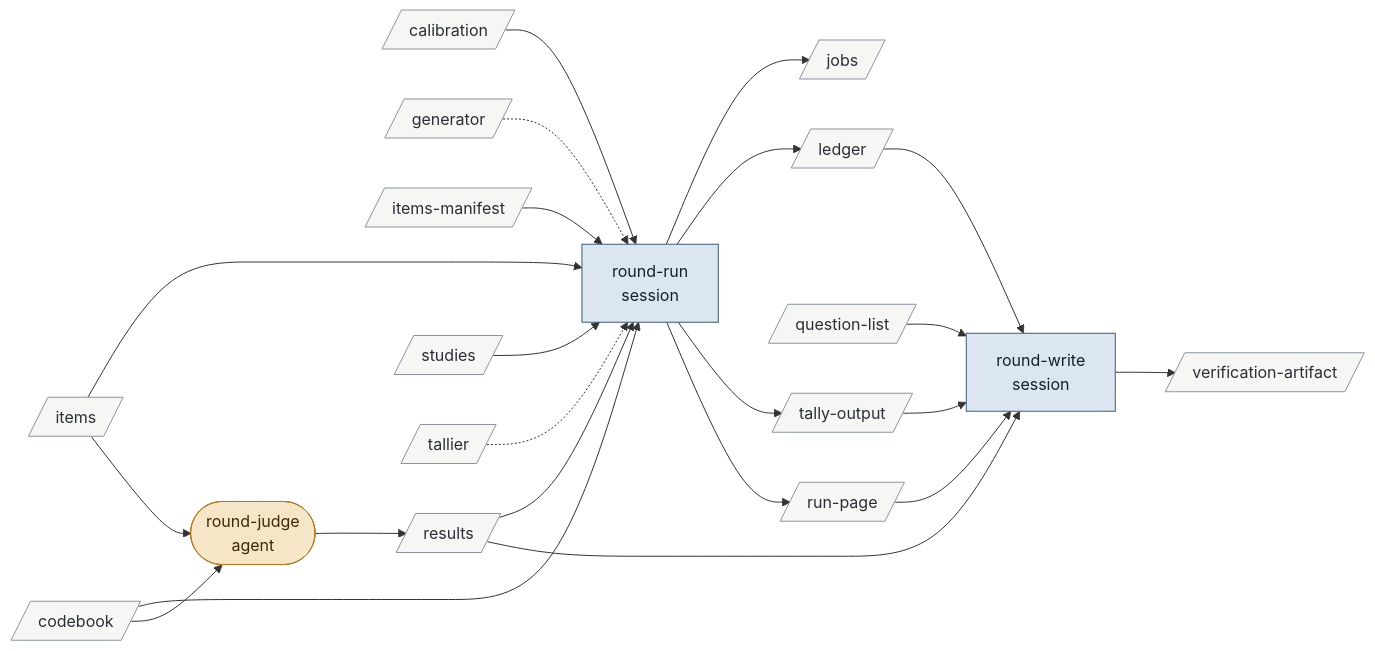
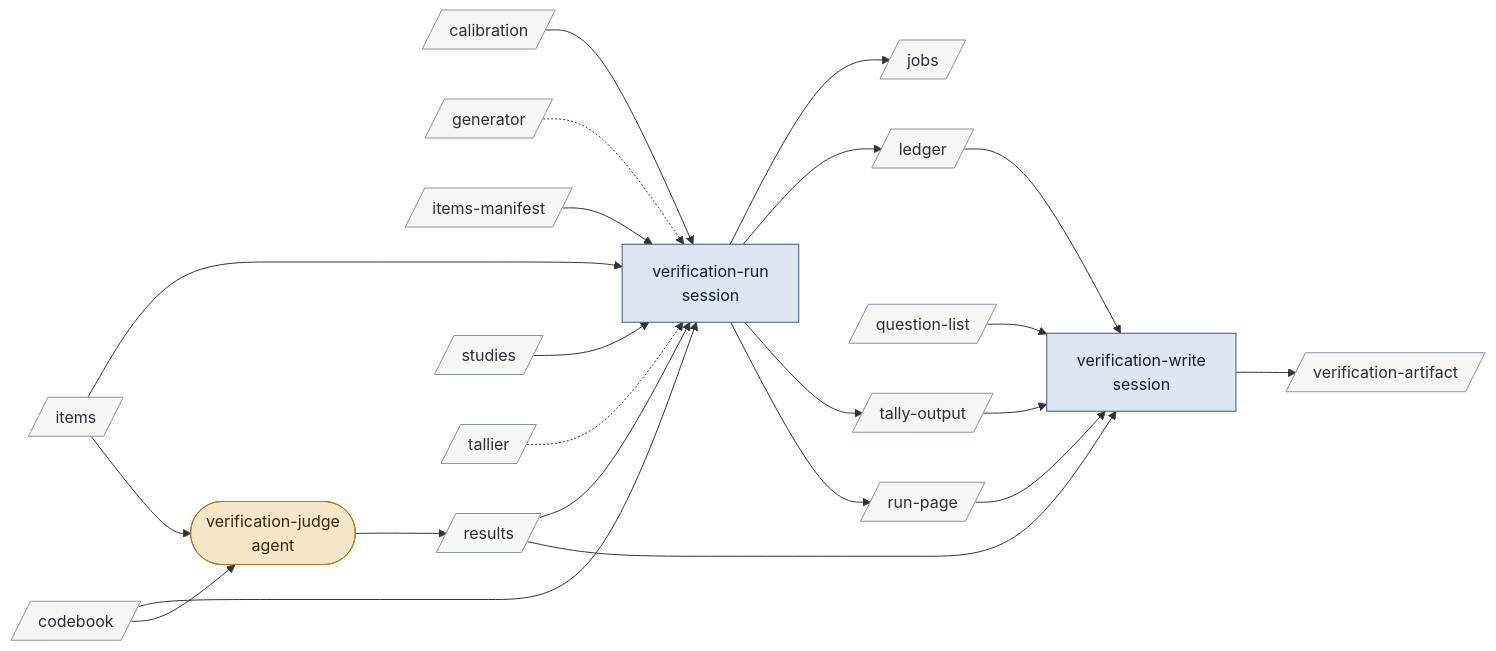
The eighth of 15 diagrams in .claude/skills/v3-buildout-2/map.md (bc414/StoryPlanner), drawn with Mermaid before and after one commit. The commit also changed other lines of this file and 28 other files, not shown here.

````diff
--- a/.claude/skills/v3-buildout-2/map.md
+++ b/.claude/skills/v3-buildout-2/map.md
@@ -288,48 +288,48 @@
 ```mermaid
 flowchart LR
   classDef hitl fill:#e9d8e4,stroke:#7a3e6d,color:#2b1a27
   classDef session fill:#dce6f0,stroke:#3b5b7c,color:#14202c
   classDef agent fill:#f5e6c8,stroke:#b7791f,color:#3a2a08
   classDef artifact fill:#f6f6f4,stroke:#8a94a0,color:#2a2f36
   classDef activity fill:#dcebdd,stroke:#4b7f52,color:#122816
   classDef terminus fill:#e4e4ea,stroke:#5b5b7a,color:#1c1c2c
-  roundrun["round-run<br/>session"]:::session
-  roundjudge(["round-judge<br/>agent"]):::agent
-  roundwrite["round-write<br/>session"]:::session
+  verificationrun["verification-run<br/>session"]:::session
+  verificationjudge(["verification-judge<br/>agent"]):::agent
+  verificationwrite["verification-write<br/>session"]:::session
   calibration[/"calibration"/]:::artifact
   codebook[/"codebook"/]:::artifact
   generator[/"generator"/]:::artifact
   items[/"items"/]:::artifact
   itemsmanifest[/"items-manifest"/]:::artifact
   jobs[/"jobs"/]:::artifact
   ledger[/"ledger"/]:::artifact
   questionlist[/"question-list"/]:::artifact
   results[/"results"/]:::artifact
   runpage[/"run-page"/]:::artifact
   studies[/"studies"/]:::artifact
   tallier[/"tallier"/]:::artifact
   tallyoutput[/"tally-output"/]:::artifact
   verificationartifact[/"verification-artifact"/]:::artifact
 
-  studies --> roundrun
-  items --> roundrun
-  itemsmanifest --> roundrun
-  codebook --> roundrun
-  calibration --> roundrun
-  results --> roundrun
-  generator -.-> roundrun
-  tallier -.-> roundrun
-  roundrun --> jobs
-  roundrun --> ledger
-  roundrun --> tallyoutput
-  roundrun --> runpage
-  codebook --> roundjudge
-  items --> roundjudge
-  roundjudge --> results
-  results --> roundwrite
-  tallyoutput --> roundwrite
-  ledger --> roundwrite
-  runpage --> roundwrite
-  questionlist --> roundwrite
-  roundwrite --> verificationartifact
+  studies --> verificationrun
+  items --> verificationrun
+  itemsmanifest --> verificationrun
+  codebook --> verificationrun
+  calibration --> verificationrun
+  results --> verificationrun
+  generator -.-> verificationrun
+  tallier -.-> verificationrun
+  verificationrun --> jobs
+  verificationrun --> ledger
+  verificationrun --> tallyoutput
+  verificationrun --> runpage
+  codebook --> verificationjudge
+  items --> verificationjudge
+  verificationjudge --> results
+  results --> verificationwrite
+  tallyoutput --> verificationwrite
+  ledger --> verificationwrite
+  runpage --> verificationwrite
+  questionlist --> verificationwrite
+  verificationwrite --> verificationartifact
 ```
````
